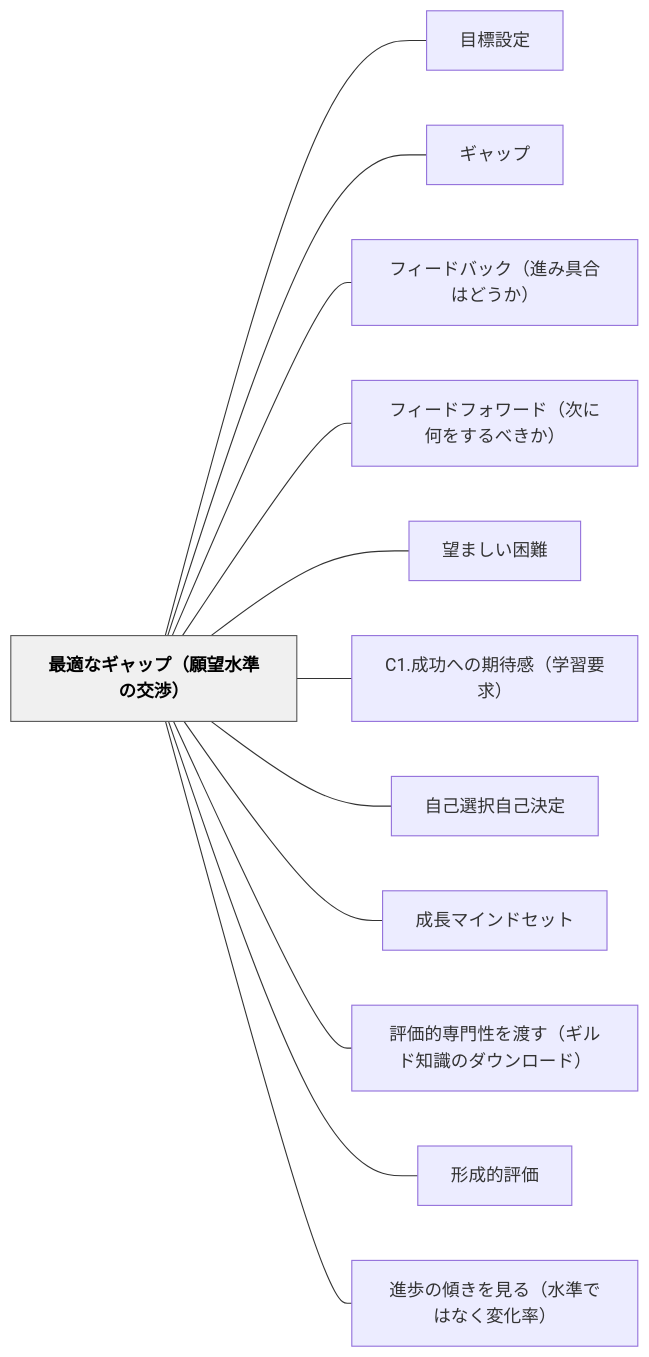
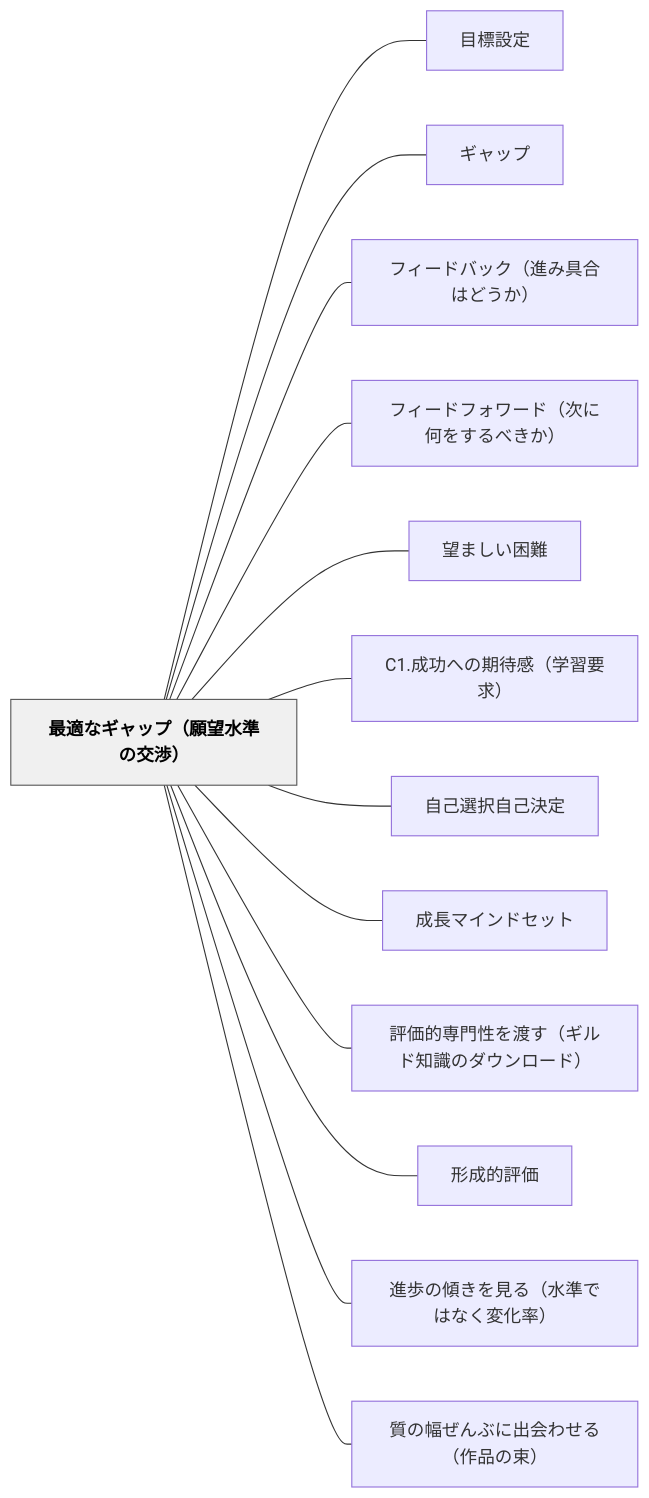
One commit to unknownthings-ed-patterns/unknownthings-ed-patterns changed the diagram in content/パタン/最適なギャップ（願望水準の交渉）.md. Above: the diagram before and after it, drawn with Mermaid. The commit also changed other lines of this file and 18 other files, not shown here.

````diff
--- a/content/パタン/最適なギャップ（願望水準の交渉）.md
+++ b/content/パタン/最適なギャップ（願望水準の交渉）.md
@@ -130,30 +131,32 @@
 ```mermaid
 flowchart LR
     ne69c80e981a9e381aae382aee383a3e38383e38397efbc88e9a198e69c9be6b0b4e6ba96e381aee4baa4e6b889efbc89["最適なギャップ（願望水準の交渉）"]
     ne79baee6a899e8a8ade5ae9a["目標設定"]
     ne382aee383a3e38383e38397["ギャップ"]
     ne38395e382a3e383bce38389e38390e38383e382afefbc88e980b2e381bfe585b7e59088e381afe381a9e38186e3818befbc89["フィードバック（進み具合はどうか）"]
     ne38395e382a3e383bce38389e38395e382a9e383afe383bce38389efbc88e6aca1e381abe4bd95e38292e38199e3828be381b9e3818de3818befbc89["フィードフォワード（次に何をするべきか）"]
     ne69c9be381bee38197e38184e59bb0e99ba3["望ましい困難"]
     n43312ee68890e58a9fe381b8e381aee69c9fe5be85e6849fefbc88e5ada6e7bf92e8a681e6b182efbc89["C1.成功への期待感（学習要求）"]
     ne887aae5b7b1e981b8e68a9ee887aae5b7b1e6b1bae5ae9a["自己選択自己決定"]
     ne68890e995b7e3839ee382a4e383b3e38389e382bbe38383e38388["成長マインドセット"]
     ne8a995e4bea1e79a84e5b082e99680e680a7e38292e6b8a1e38199efbc88e382aee383abe38389e79fa5e8ad98e381aee38380e382a6e383b3e383ade383bce38389efbc89["評価的専門性を渡す（ギルド知識のダウンロード）"]
     ne5bda2e68890e79a84e8a995e4bea1["形成的評価"]
     ne980b2e6ada9e381aee582bee3818de38292e8a68be3828befbc88e6b0b4e6ba96e381a7e381afe381aae3818fe5a489e58c96e78e87efbc89["進歩の傾きを見る（水準ではなく変化率）"]
+    ne8b3aae381aee5b985e3819ce38293e381b6e381abe587bae4bc9ae3828fe3819be3828befbc88e4bd9ce59381e381aee69d9fefbc89["質の幅ぜんぶに出会わせる（作品の束）"]
 
     ne69c80e981a9e381aae382aee383a3e38383e38397efbc88e9a198e69c9be6b0b4e6ba96e381aee4baa4e6b889efbc89 --- ne79baee6a899e8a8ade5ae9a
     ne69c80e981a9e381aae382aee383a3e38383e38397efbc88e9a198e69c9be6b0b4e6ba96e381aee4baa4e6b889efbc89 --- ne382aee383a3e38383e38397
     ne69c80e981a9e381aae382aee383a3e38383e38397efbc88e9a198e69c9be6b0b4e6ba96e381aee4baa4e6b889efbc89 --- ne38395e382a3e383bce38389e38390e38383e382afefbc88e980b2e381bfe585b7e59088e381afe381a9e38186e3818befbc89
     ne69c80e981a9e381aae382aee383a3e38383e38397efbc88e9a198e69c9be6b0b4e6ba96e381aee4baa4e6b889efbc89 --- ne38395e382a3e383bce38389e38395e382a9e383afe383bce38389efbc88e6aca1e381abe4bd95e38292e38199e3828be381b9e3818de3818befbc89
     ne69c80e981a9e381aae382aee383a3e38383e38397efbc88e9a198e69c9be6b0b4e6ba96e381aee4baa4e6b889efbc89 --- ne69c9be381bee38197e38184e59bb0e99ba3
     ne69c80e981a9e381aae382aee383a3e38383e38397efbc88e9a198e69c9be6b0b4e6ba96e381aee4baa4e6b889efbc89 --- n43312ee68890e58a9fe381b8e381aee69c9fe5be85e6849fefbc88e5ada6e7bf92e8a681e6b182efbc89
     ne69c80e981a9e381aae382aee383a3e38383e38397efbc88e9a198e69c9be6b0b4e6ba96e381aee4baa4e6b889efbc89 --- ne887aae5b7b1e981b8e68a9ee887aae5b7b1e6b1bae5ae9a
     ne69c80e981a9e381aae382aee383a3e38383e38397efbc88e9a198e69c9be6b0b4e6ba96e381aee4baa4e6b889efbc89 --- ne68890e995b7e3839ee382a4e383b3e38389e382bbe38383e38388
     ne69c80e981a9e381aae382aee383a3e38383e38397efbc88e9a198e69c9be6b0b4e6ba96e381aee4baa4e6b889efbc89 --- ne8a995e4bea1e79a84e5b082e99680e680a7e38292e6b8a1e38199efbc88e382aee383abe38389e79fa5e8ad98e381aee38380e382a6e383b3e383ade383bce38389efbc89
     ne69c80e981a9e381aae382aee383a3e38383e38397efbc88e9a198e69c9be6b0b4e6ba96e381aee4baa4e6b889efbc89 --- ne5bda2e68890e79a84e8a995e4bea1
     ne69c80e981a9e381aae382aee383a3e38383e38397efbc88e9a198e69c9be6b0b4e6ba96e381aee4baa4e6b889efbc89 --- ne980b2e6ada9e381aee582bee3818de38292e8a68be3828befbc88e6b0b4e6ba96e381a7e381afe381aae3818fe5a489e58c96e78e87efbc89
+    ne69c80e981a9e381aae382aee383a3e38383e38397efbc88e9a198e69c9be6b0b4e6ba96e381aee4baa4e6b889efbc89 --- ne8b3aae381aee5b985e3819ce38293e381b6e381abe587bae4bc9ae3828fe3819be3828befbc88e4bd9ce59381e381aee69d9fefbc89
 
     classDef hub fill:#f0f0f0,stroke:#555,color:#000,font-weight:bold
     class ne69c80e981a9e381aae382aee383a3e38383e38397efbc88e9a198e69c9be6b0b4e6ba96e381aee4baa4e6b889efbc89 hub
 ```
````
